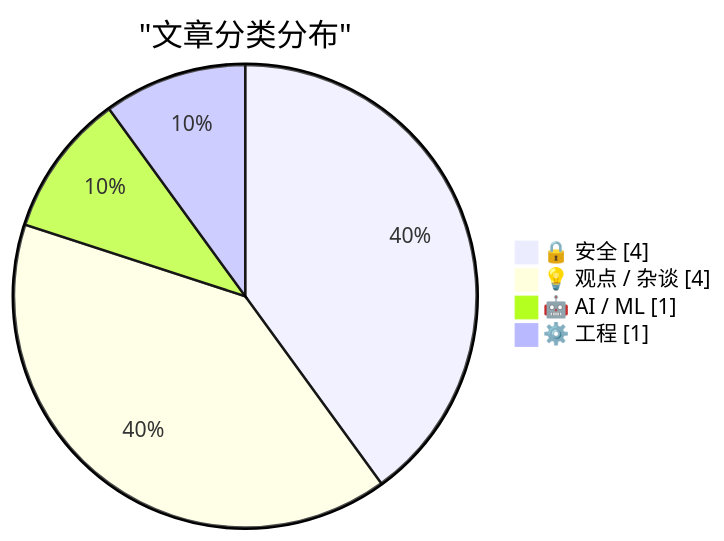
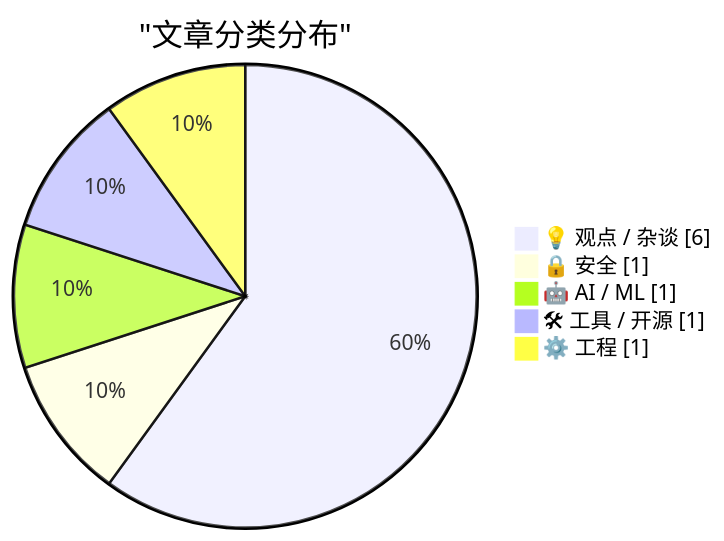
One commit to originem0/SZBlog changed the first of 2 diagrams in content/ai-daily/2026-05-13.md. Above: the diagram before and after it, drawn with Mermaid. The commit also changed other lines of this file, not shown here.

````diff
--- a/content/ai-daily/2026-05-13.md
+++ b/content/ai-daily/2026-05-13.md
@@ -48,8 +48,9 @@
 ```mermaid
 pie showData
     title "文章分类分布"
-    "🔒 安全" : 4
-    "💡 观点 / 杂谈" : 4
+    "💡 观点 / 杂谈" : 6
+    "🔒 安全" : 1
     "🤖 AI / ML" : 1
+    "🛠 工具 / 开源" : 1
     "⚙️ 工程" : 1
 ```
````
